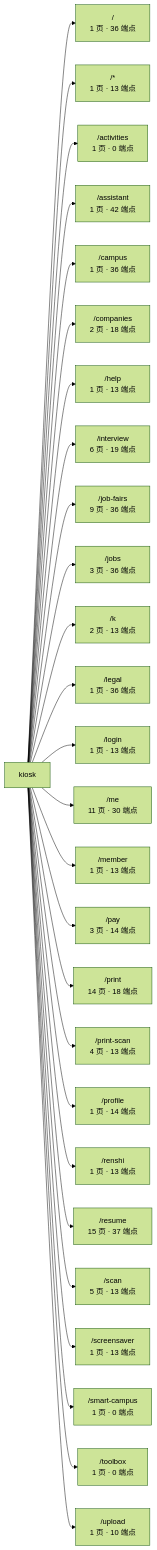
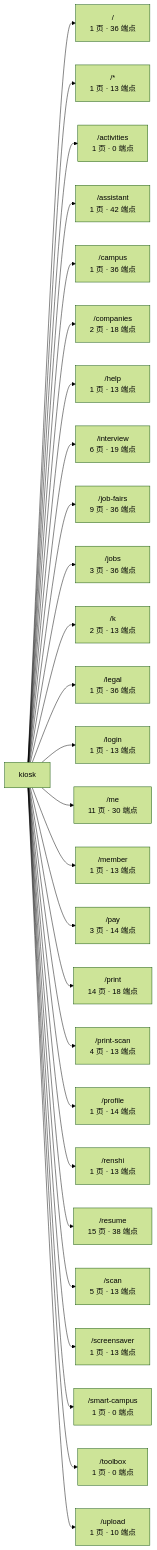
One commit to wanglei581/YITIJI changed the first of 3 diagrams in docs/graph/routes.md. Above: the diagram before and after it, drawn with Mermaid (forest theme). The commit also changed other lines of this file and 3 other files, not shown here.

Commit message:
docs(progress): P2e-2 同步当前开发进度与项目图谱

````diff
--- a/docs/graph/routes.md
+++ b/docs/graph/routes.md
@@ -17,30 +17,30 @@
 ```mermaid
 flowchart LR
   app["kiosk"]
   app --> _root_["/<br/>1 页 · 36 端点"]
   app --> _["/*<br/>1 页 · 13 端点"]
   app --> activities["/activities<br/>1 页 · 0 端点"]
   app --> assistant["/assistant<br/>1 页 · 42 端点"]
   app --> campus["/campus<br/>1 页 · 36 端点"]
   app --> companies["/companies<br/>2 页 · 18 端点"]
   app --> help["/help<br/>1 页 · 13 端点"]
   app --> interview["/interview<br/>6 页 · 19 端点"]
   app --> job_fairs["/job-fairs<br/>9 页 · 36 端点"]
   app --> jobs["/jobs<br/>3 页 · 36 端点"]
   app --> k["/k<br/>2 页 · 13 端点"]
   app --> legal["/legal<br/>1 页 · 36 端点"]
   app --> login["/login<br/>1 页 · 13 端点"]
   app --> me["/me<br/>11 页 · 30 端点"]
   app --> member["/member<br/>1 页 · 13 端点"]
   app --> pay["/pay<br/>3 页 · 14 端点"]
   app --> print["/print<br/>14 页 · 18 端点"]
   app --> print_scan["/print-scan<br/>4 页 · 13 端点"]
   app --> profile["/profile<br/>1 页 · 14 端点"]
   app --> renshi["/renshi<br/>1 页 · 13 端点"]
-  app --> resume["/resume<br/>15 页 · 37 端点"]
+  app --> resume["/resume<br/>15 页 · 38 端点"]
   app --> scan["/scan<br/>5 页 · 13 端点"]
   app --> screensaver["/screensaver<br/>1 页 · 13 端点"]
   app --> smart_campus["/smart-campus<br/>1 页 · 0 端点"]
   app --> toolbox["/toolbox<br/>1 页 · 0 端点"]
   app --> upload["/upload<br/>1 页 · 10 端点"]
 ```
````
